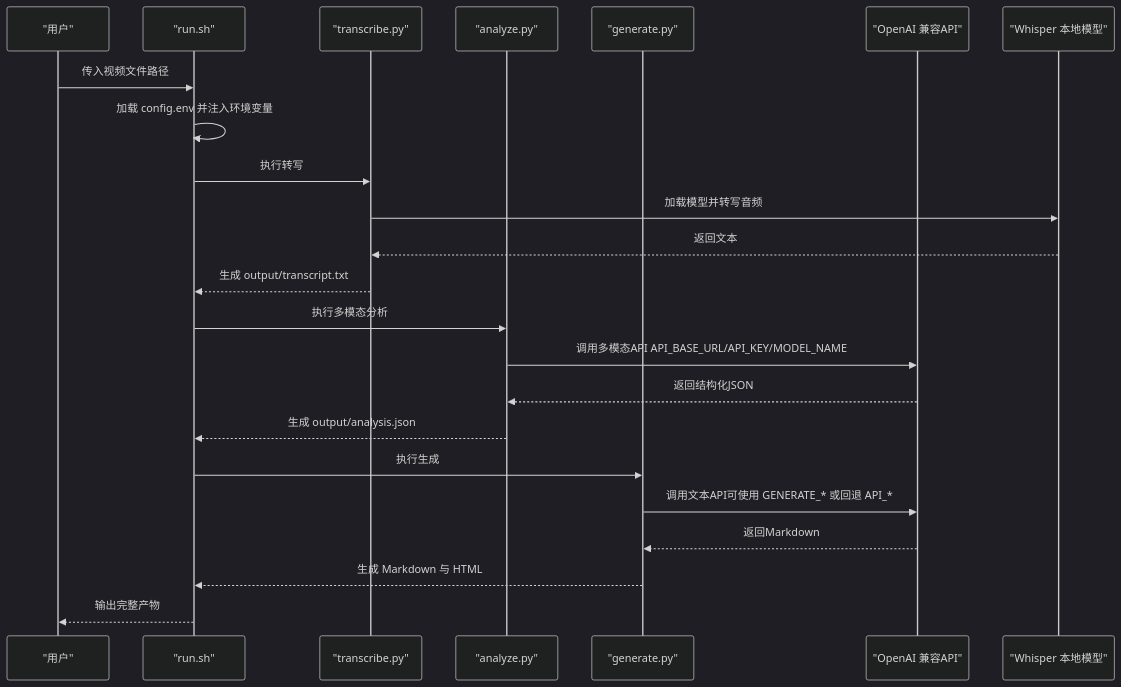
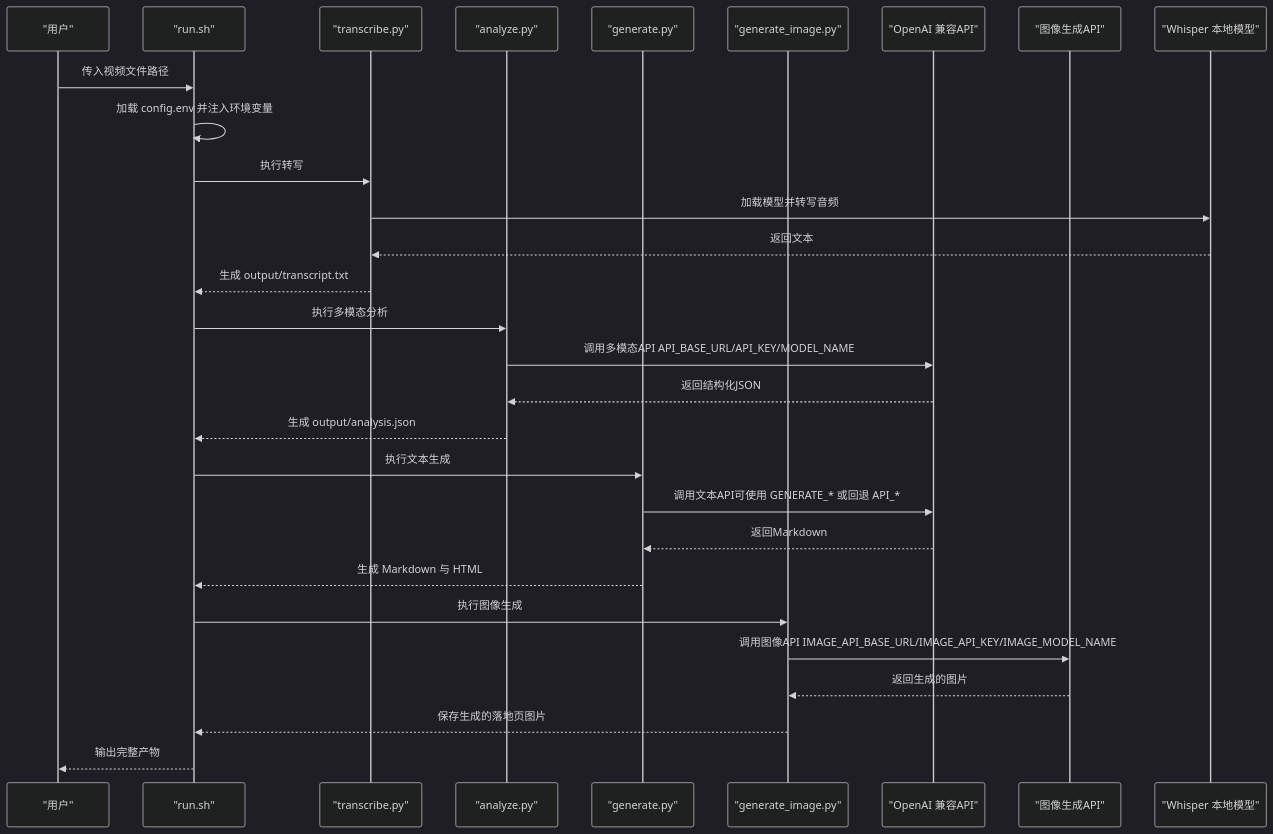
The second of 7 diagrams in .qoder/repowiki/zh/content/配置和定制/API配置.md (WongMingJiu/landingpage-test-hero-page), drawn with Mermaid (dark theme) before and after one commit. The commit also changed other lines of this file and 6 other files, not shown here.

First line of the commit message:
feat: 品牌logo固定素材 + 双参考图生图 + 输出平铺结构

````diff
--- a/.qoder/repowiki/zh/content/配置和定制/API配置.md
+++ b/.qoder/repowiki/zh/content/配置和定制/API配置.md
@@ -123,25 +146,31 @@
 ```mermaid
 sequenceDiagram
 participant U as "用户"
 participant SH as "run.sh"
 participant TR as "transcribe.py"
 participant AN as "analyze.py"
 participant GE as "generate.py"
+participant GI as "generate_image.py"
 participant OA as "OpenAI 兼容API"
+participant IA as "图像生成API"
 participant WH as "Whisper 本地模型"
 U->>SH : 传入视频文件路径
 SH->>SH : 加载 config.env 并注入环境变量
 SH->>TR : 执行转写
 TR->>WH : 加载模型并转写音频
 WH-->>TR : 返回文本
 TR-->>SH : 生成 output/transcript.txt
 SH->>AN : 执行多模态分析
 AN->>OA : 调用多模态API API_BASE_URL/API_KEY/MODEL_NAME
 OA-->>AN : 返回结构化JSON
 AN-->>SH : 生成 output/analysis.json
-SH->>GE : 执行生成
+SH->>GE : 执行文本生成
 GE->>OA : 调用文本API可使用 GENERATE_* 或回退 API_*
 OA-->>GE : 返回Markdown
 GE-->>SH : 生成 Markdown 与 HTML
+SH->>GI : 执行图像生成
+GI->>IA : 调用图像API IMAGE_API_BASE_URL/IMAGE_API_KEY/IMAGE_MODEL_NAME
+IA-->>GI : 返回生成的图片
+GI-->>SH : 保存生成的落地页图片
 SH-->>U : 输出完整产物
 ```
````
